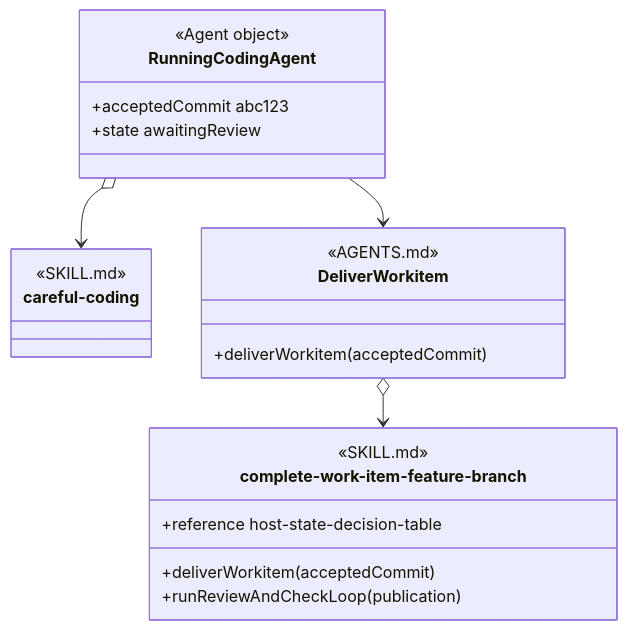
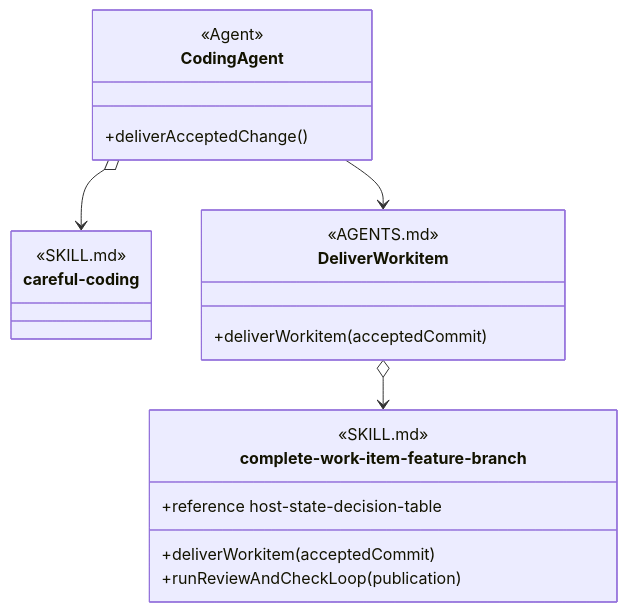
Before and after one commit to martinbechard/dev-methodology: the tenth of 11 diagrams in design/object-oriented-agent-and-skill-model.md, drawn with Mermaid. The commit also changed other lines of this file and 2 other files, not shown here.

````diff
--- a/design/object-oriented-agent-and-skill-model.md
+++ b/design/object-oriented-agent-and-skill-model.md
@@ -580,32 +582,31 @@
 ```mermaid
 classDiagram
     direction TB
 
-    class RunningCodingAgent {
-        <<Agent object>>
-        +acceptedCommit abc123
-        +state awaitingReview
+    class CodingAgent {
+        <<Agent>>
+        +deliverAcceptedChange()
     }
 
     class careful-coding {
         <<SKILL.md>>
         <<Agent Skill>>
     }
 
     class DeliverWorkitem {
         <<AGENTS.md>>
         +deliverWorkitem(acceptedCommit)
     }
 
     class complete-work-item-feature-branch {
         <<SKILL.md>>
         <<Injectable Skill>>
         +deliverWorkitem(acceptedCommit)
         +runReviewAndCheckLoop(publication)
         +reference host-state-decision-table
     }
 
-    RunningCodingAgent o--> careful-coding
-    RunningCodingAgent --> DeliverWorkitem
+    CodingAgent o--> careful-coding
+    CodingAgent --> DeliverWorkitem
     DeliverWorkitem o--> complete-work-item-feature-branch
 ```
````
